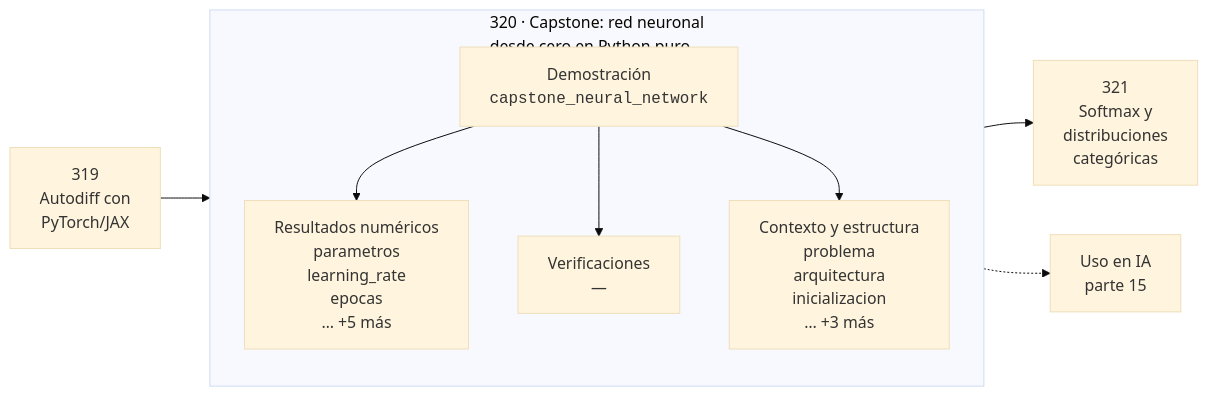
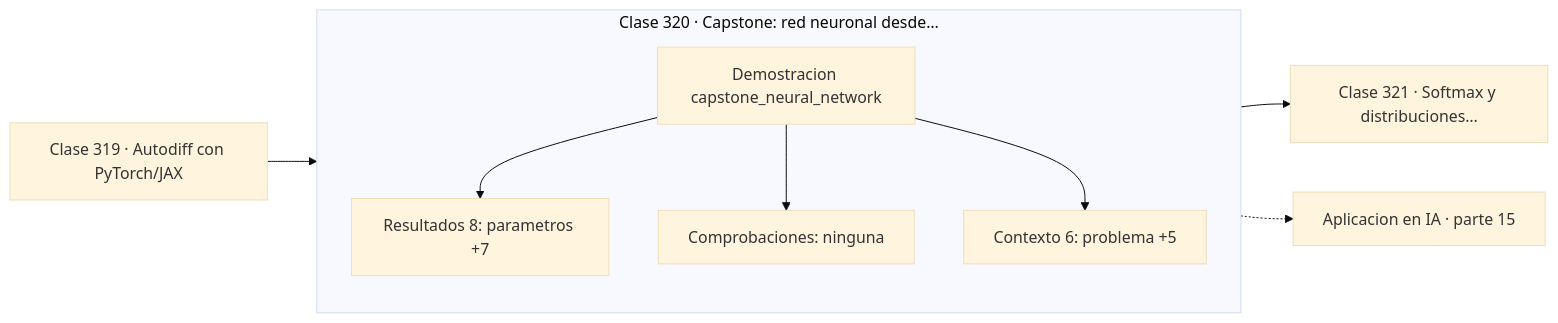
The diagram in classes/part-15-matematica-de-deep-learning/320-capstone-red-neuronal-desde-cero-en-python-puro/README.md (vladimiracunadev-create/computational-mathematics-program), drawn with Mermaid (base theme) before and after one commit. The commit also changed 389 other files, not shown here.

First line of the commit message:
fix(diagramas): elimina el HTML de las etiquetas Mermaid

````diff
--- a/classes/part-15-matematica-de-deep-learning/320-capstone-red-neuronal-desde-cero-en-python-puro/README.md
+++ b/classes/part-15-matematica-de-deep-learning/320-capstone-red-neuronal-desde-cero-en-python-puro/README.md
@@ -30,12 +30,13 @@
 ```mermaid
 flowchart LR
-    P["319<br/>Autodiff con<br/>PyTorch/JAX"] --> C
-    subgraph C["320 · Capstone: red neuronal<br/>desde cero en Python puro"]
+    P["Clase 319 · Autodiff con PyTorch/JAX"] --> D
+    subgraph CLASE["Clase 320 · Capstone: red neuronal desde…"]
         direction TB
-        D["Demostración<br/><code>capstone_neural_network</code>"] --> R["Resultados numéricos<br/>parametros<br/>learning_rate<br/>epocas<br/>… +5 más"]
-        D --> V["Verificaciones<br/>—"]
-        D --> O["Contexto y estructura<br/>problema<br/>arquitectura<br/>inicializacion<br/>… +3 más"]
+        D["Demostracion capstone_neural_network"]
+        D --> R["Resultados 8: parametros +7"]
+        D --> V["Comprobaciones: ninguna"]
+        D --> O["Contexto 6: problema +5"]
     end
-    C --> N["321<br/>Softmax y<br/>distribuciones<br/>categóricas"]
-    C -.-> IA["Uso en IA<br/>parte 15"]
+    R --> N["Clase 321 · Softmax y distribuciones…"]
+    V -.-> IA["Aplicacion en IA · parte 15"]
 ```
````
